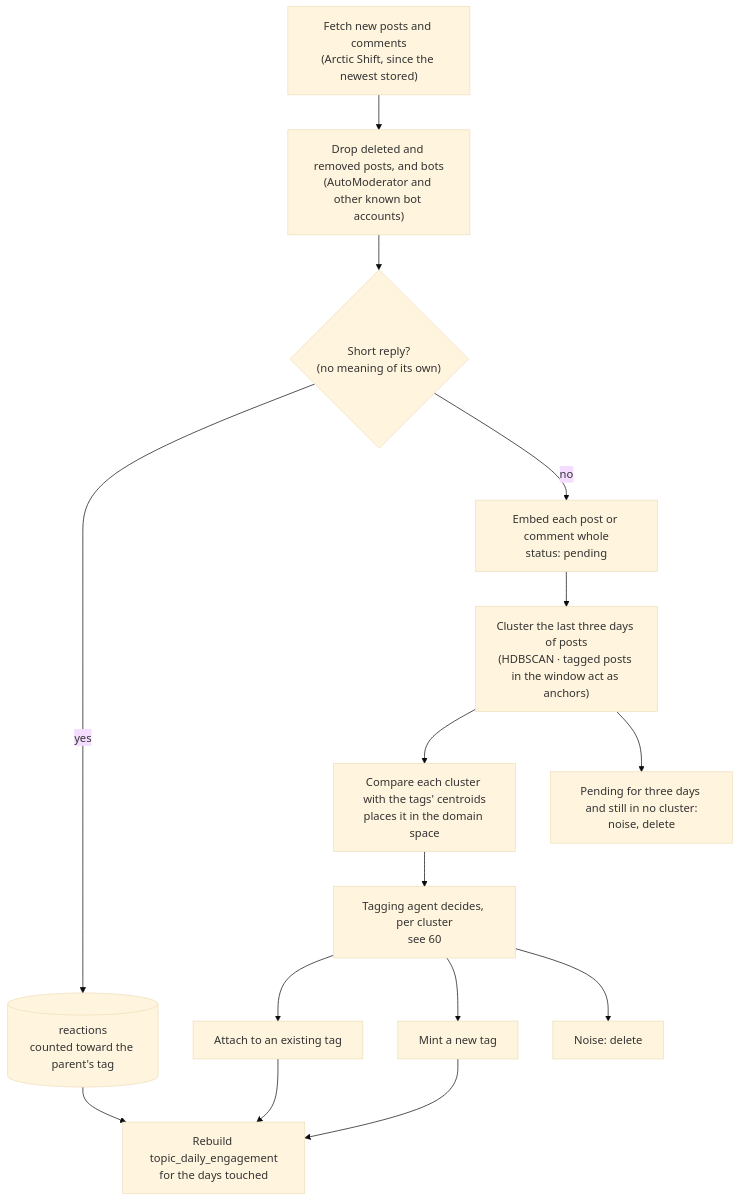
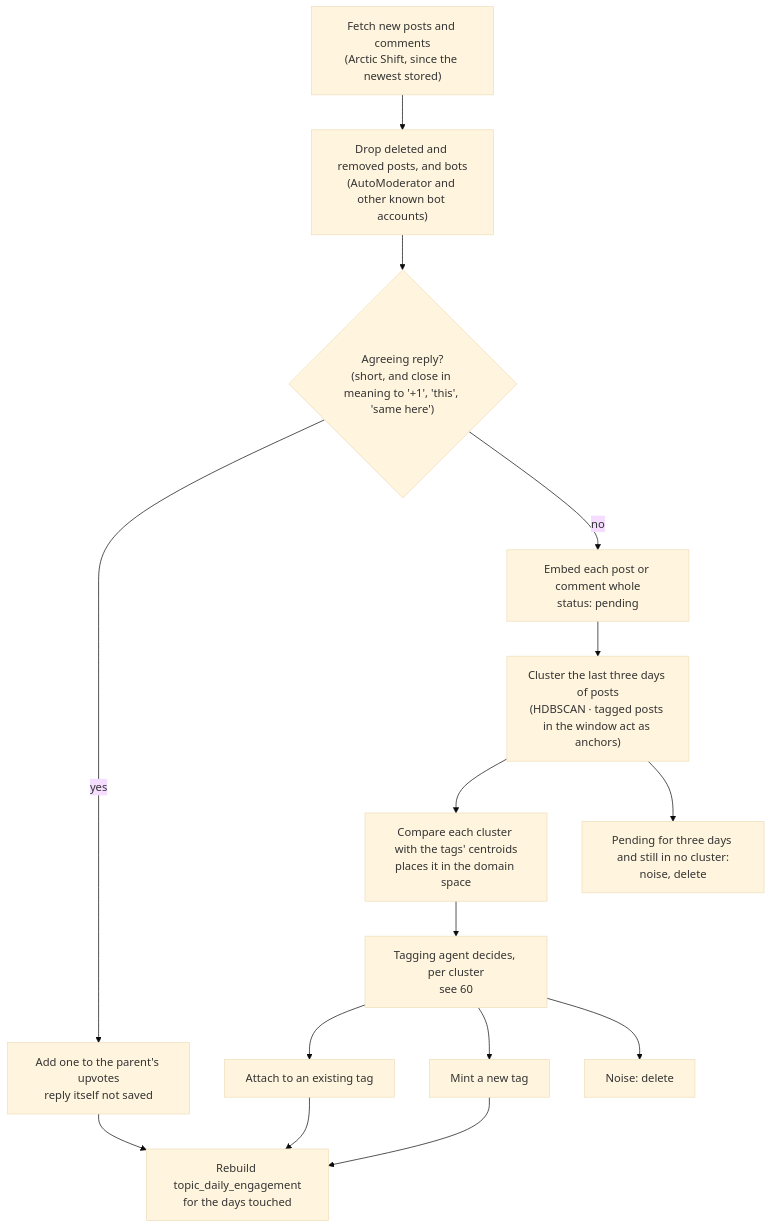
Before and after one commit to brianaderer/transcendent: the second of 2 diagrams in docs/atlas/20-data-model/21-topics.md, drawn with Mermaid (base theme). The commit also changed other lines of this file and 4 other files, not shown here.

Commit message:
Atlas: agreeing replies become upvotes on the parent post (OPEN-19 resolved)

````diff
--- a/docs/atlas/20-data-model/21-topics.md
+++ b/docs/atlas/20-data-model/21-topics.md
@@ -120,27 +123,27 @@
 ```mermaid
 flowchart TB
     PULL["Fetch new posts and comments<br/>(Arctic Shift, since the newest stored)"]
     DROP["Drop deleted and removed posts, and bots<br/>(AutoModerator and other known bot accounts)"]
-    SHORT{"Short reply?<br/>(no meaning of its own)"}
-    REACT[("reactions<br/>counted toward the parent's tag")]
+    SHORT{"Agreeing reply?<br/>(short, and close in meaning to '+1', 'this', 'same here')"}
+    REACT["Add one to the parent's upvotes<br/>reply itself not saved"]
     EMB["Embed each post or comment whole<br/>status: pending"]
     CL["Cluster the last three days of posts<br/>(HDBSCAN · tagged posts in the window act as anchors)"]
     CMP["Compare each cluster with the tags' centroids<br/>places it in the domain space"]
     LLM["Tagging agent decides, per cluster<br/>see 60"]
     ADD["Attach to an existing tag"]
     MINT["Mint a new tag"]
     NOISE["Noise: delete"]
     EXPIRE["Pending for three days and still in no cluster:<br/>noise, delete"]
     ROLL["Rebuild topic_daily_engagement<br/>for the days touched"]
 
     PULL --> DROP --> SHORT
     SHORT -->|yes| REACT
     SHORT -->|no| EMB --> CL --> CMP --> LLM
     LLM --> ADD
     LLM --> MINT
     LLM --> NOISE
     CL --> EXPIRE
     ADD --> ROLL
     MINT --> ROLL
     REACT --> ROLL
 ```
````
